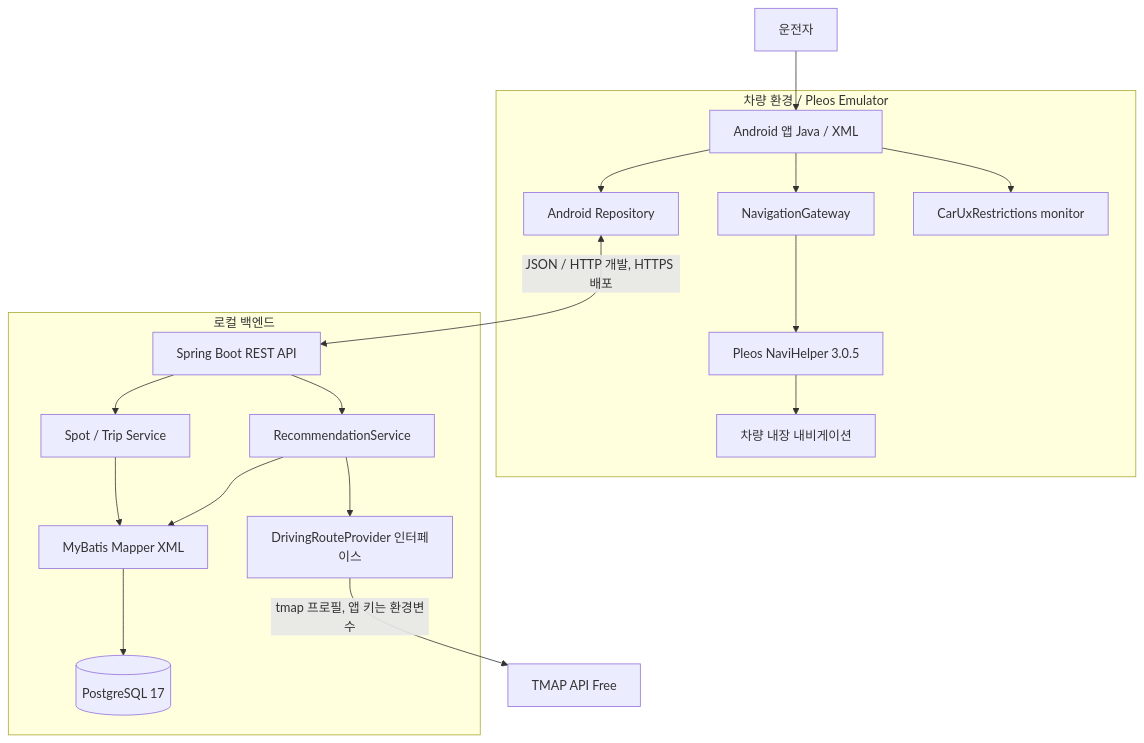
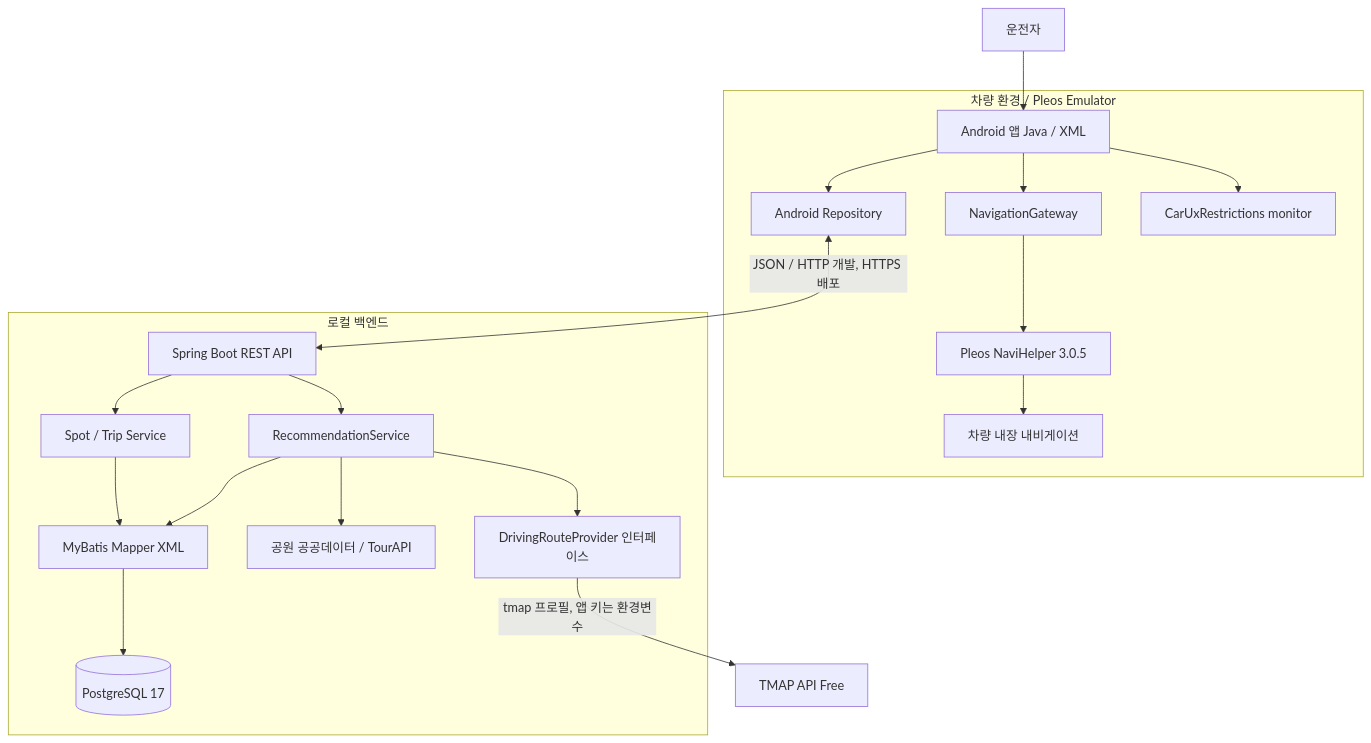
The diagram in docs/architecture.md (kiy3035/just-go), drawn with Mermaid before and after one commit. The commit also changed other lines of this file and 37 other files, not shown here.

````diff
--- a/docs/architecture.md
+++ b/docs/architecture.md
@@ -16,21 +16,22 @@
 ```mermaid
 flowchart TB
     U[운전자] --> UI[Android 앱 Java / XML]
     subgraph Pleos[차량 환경 / Pleos Emulator]
       UI --> Repo[Android Repository]
       UI --> NaviGateway[NavigationGateway]
       UI --> UxRestrictions[CarUxRestrictions monitor]
       NaviGateway --> NaviHelper[Pleos NaviHelper 3.0.5]
       NaviHelper --> CarNav[차량 내장 내비게이션]
     end
     Repo <-->|JSON / HTTP 개발, HTTPS 배포| Api[Spring Boot REST API]
     subgraph Local[로컬 백엔드]
       Api --> Recommendation[RecommendationService]
       Api --> Other[Spot / Trip Service]
       Recommendation --> Mapper[MyBatis Mapper XML]
       Other --> Mapper
       Mapper --> DB[(PostgreSQL 17)]
+      Recommendation --> PlaceSources[공원 공공데이터 / TourAPI]
       Recommendation --> RouteProvider[DrivingRouteProvider 인터페이스]
     end
     RouteProvider -->|tmap 프로필, 앱 키는 환경변수| MapAPI[TMAP API Free]
 ```
````
